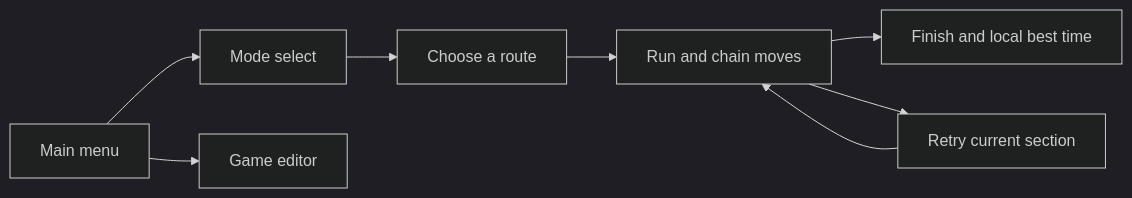
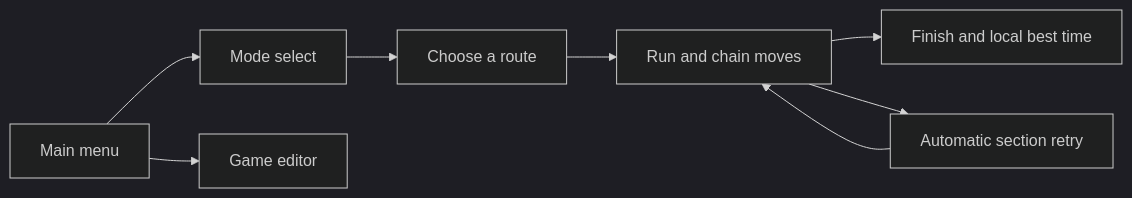
Before and after one commit to spathering/polyu-ap-a3: the first of 2 diagrams in README.md, drawn with Mermaid (dark theme). The commit also changed other lines of this file and 50 other files, not shown here.

````diff
--- a/README.md
+++ b/README.md
@@ -9,7 +9,7 @@
 ```mermaid
 flowchart LR
   Menu[Main menu] --> Mode[Mode select] --> Route[Choose a route] --> Run[Run and chain moves]
   Run --> Result[Finish and local best time]
-  Run --> Retry[Retry current section] --> Run
+  Run --> Retry[Automatic section retry] --> Run
   Menu --> Studio[Game editor]
 ```
````
